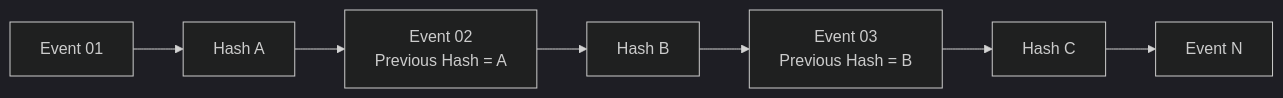
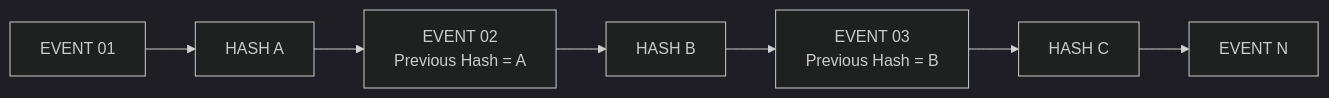
Before and after one commit to Yemireddy-Pragnavi/Re-Trace: the sixth of 7 diagrams in README.md, drawn with Mermaid (dark theme). The commit also changed other lines of this file, not shown here.

````diff
--- a/README.md
+++ b/README.md
@@ -752,21 +367,16 @@
 ```mermaid
 flowchart LR
 
-    E1["Event 01"]
-        --> H1["Hash A"]
+    E1["EVENT 01"]
+      --> H1["HASH A"]
 
-    H1
-        --> E2["Event 02<br/>Previous Hash = A"]
+    H1 --> E2["EVENT 02<br/>Previous Hash = A"]
 
-    E2
-        --> H2["Hash B"]
+    E2 --> H2["HASH B"]
 
-    H2
-        --> E3["Event 03<br/>Previous Hash = B"]
+    H2 --> E3["EVENT 03<br/>Previous Hash = B"]
 
-    E3
-        --> H3["Hash C"]
+    E3 --> H3["HASH C"]
 
-    H3
-        --> EN["Event N"]
+    H3 --> EN["EVENT N"]
 ```
````
